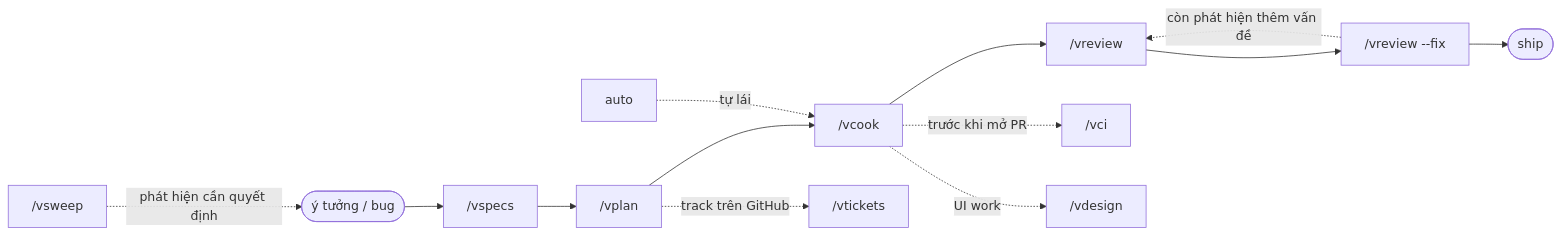
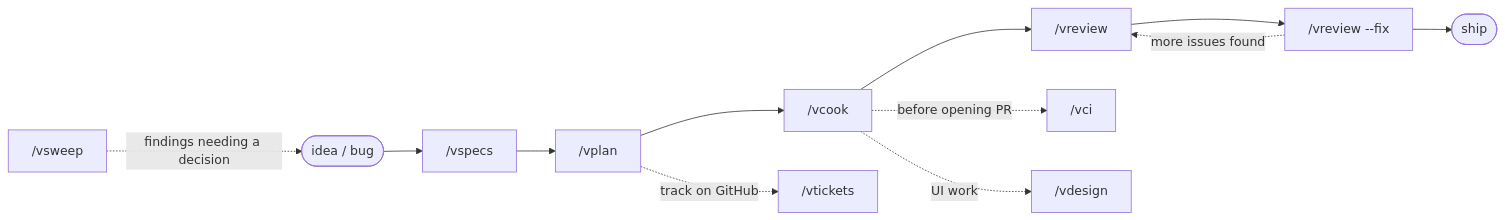
The diagram in README.vi.md (vyvu99/vskills), drawn with Mermaid before and after one commit. The commit also changed other lines of this file and 4 other files, not shown here.

````diff
--- a/README.vi.md
+++ b/README.vi.md
@@ -58,17 +37,16 @@
 ```mermaid
 flowchart LR
-    idea(["ý tưởng / bug"]) --> specs["/vspecs"]
+    idea(["idea / bug"]) --> specs["/vspecs"]
     specs --> plan["/vplan"]
     plan --> cook["/vcook"]
     cook --> review["/vreview"]
     review --> fix["/vreview --fix"]
-    fix -. còn phát hiện thêm vấn đề .-> review
+    fix -. more issues found .-> review
     fix --> ship(["ship"])
 
-    plan -. track trên GitHub .-> tickets["/vtickets"]
-    auto -. tự lái .-> cook
-    cook -. trước khi mở PR .-> ci["/vci"]
+    plan -. track on GitHub .-> tickets["/vtickets"]
+    cook -. before opening PR .-> ci["/vci"]
     cook -. UI work .-> design["/vdesign"]
 
-    sweep["/vsweep"] -. phát hiện cần quyết định .-> idea
+    sweep["/vsweep"] -. findings needing a decision .-> idea
 ```
````
